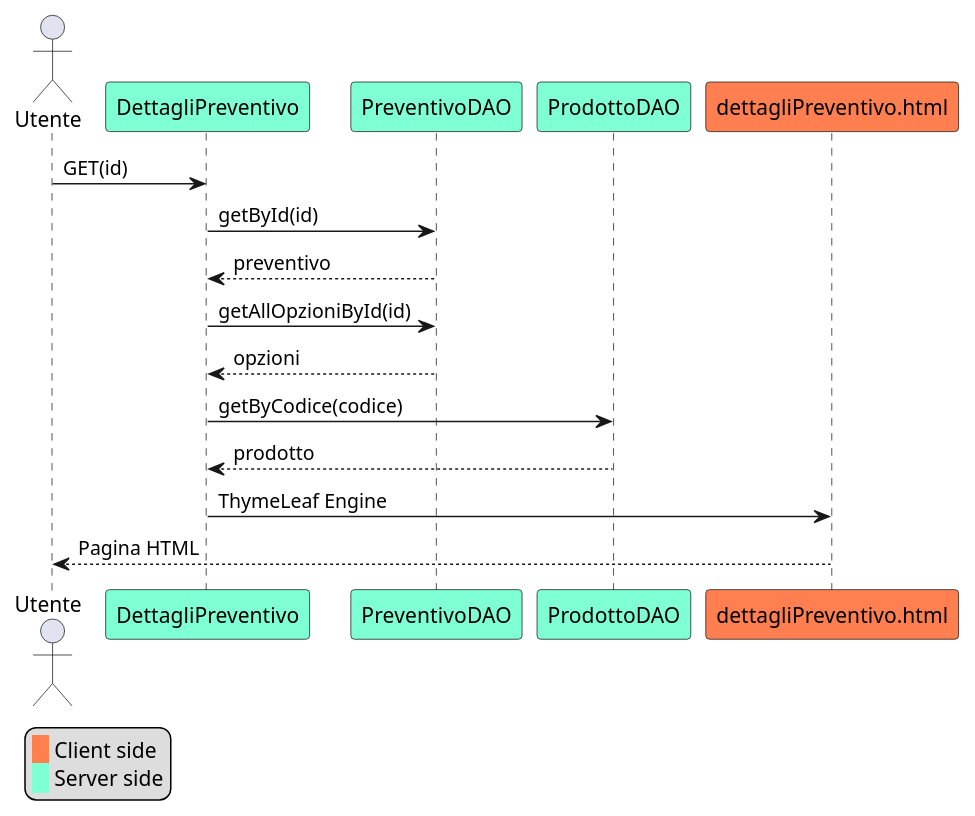
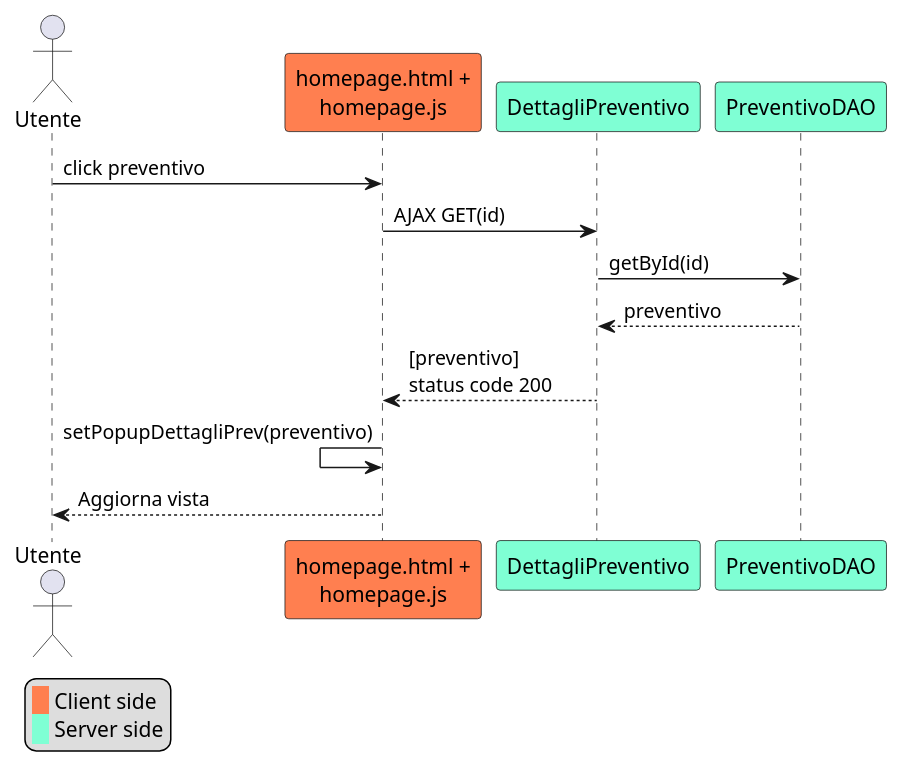
One commit to jonnysciar/TIW_Project changed the diagram in doc/sequence_diagrams/JS/dettagliPreventivoJS.puml. Above: the diagram before and after it, drawn with PlantUML. The commit also changed 8 other files, not shown here.

Commit message:
JS sequence diagram complete

```diff
--- a/doc/sequence_diagrams/JS/dettagliPreventivoJS.puml
+++ b/doc/sequence_diagrams/JS/dettagliPreventivoJS.puml
@@ -1,26 +1,23 @@
 @startuml
 legend left
  <back:#coral>   </back> Client side
  <back:#aquamarine>   </back> Server side
 endlegend
 
 actor Utente as utente
+skinparam ParticipantBackgroundColor coral
+participant "homepage.html +\nhomepage.js" as homepage
 skinparam ParticipantBackgroundColor aquamarine
 participant DettagliPreventivo
 participant PreventivoDAO
-participant ProdottoDAO
-skinparam ParticipantBackgroundColor coral
-participant "dettagliPreventivo.html" as homepage
 
-utente -> DettagliPreventivo: GET(id)
+
+utente -> homepage: click preventivo
 skinparam ParticipantBackgroundColor aquamarine
+homepage -> DettagliPreventivo: AJAX GET(id)
 DettagliPreventivo -> PreventivoDAO: getById(id)
 PreventivoDAO --> DettagliPreventivo: preventivo
-DettagliPreventivo -> PreventivoDAO: getAllOpzioniById(id)
-PreventivoDAO --> DettagliPreventivo: opzioni
-DettagliPreventivo -> ProdottoDAO: getByCodice(codice)
-ProdottoDAO --> DettagliPreventivo: prodotto
-DettagliPreventivo -> homepage: ThymeLeaf Engine
-homepage -->utente: Pagina HTML
-
+DettagliPreventivo --> homepage: [preventivo]\nstatus code 200
+homepage <- homepage: setPopupDettagliPrev(preventivo)
+homepage --> utente: Aggiorna vista
 @enduml
```
